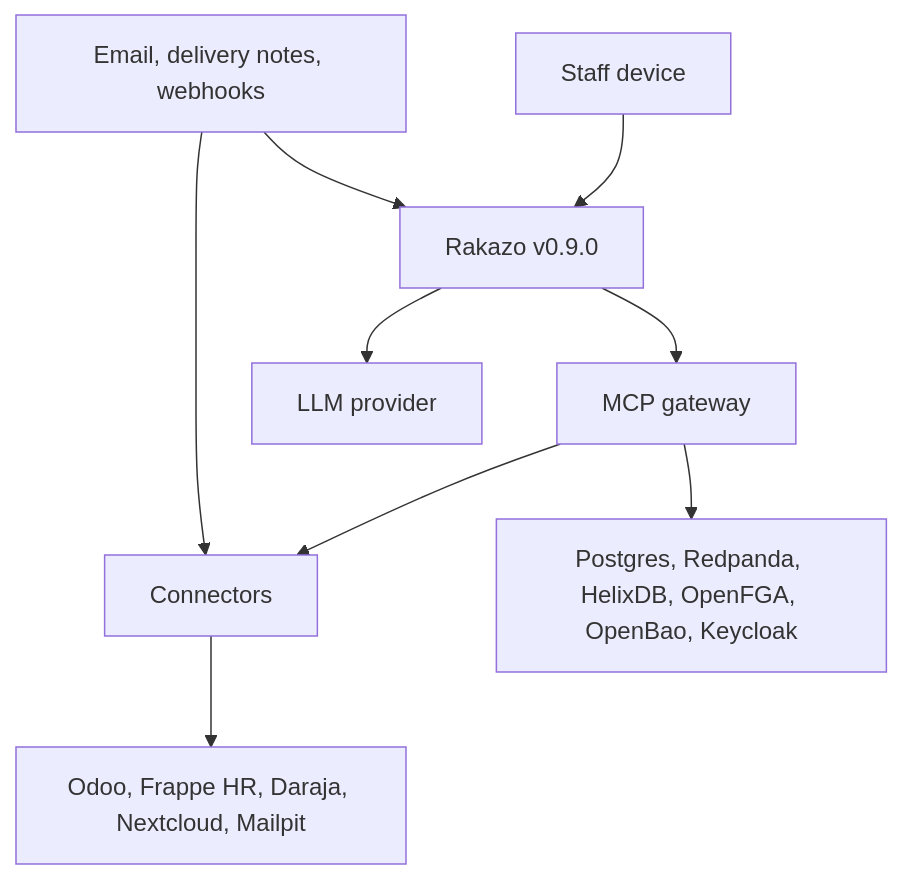
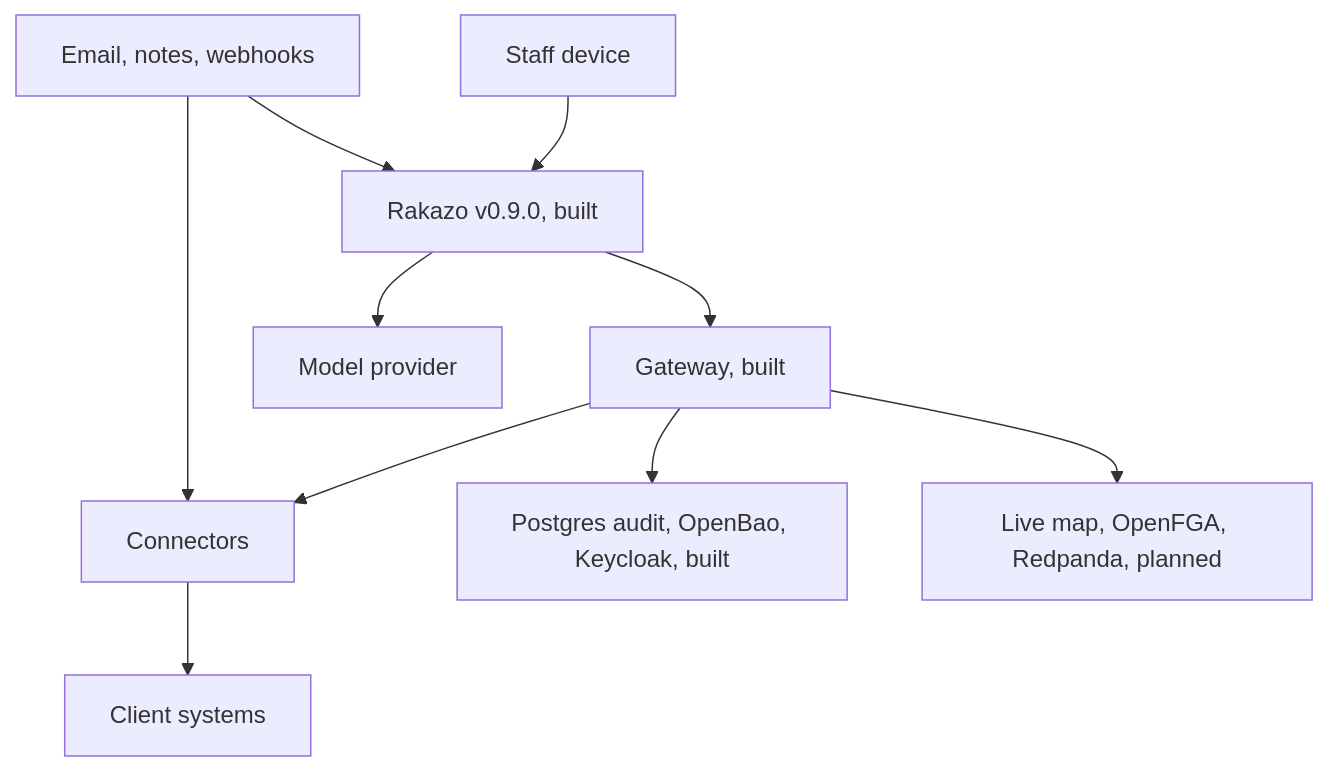
One commit to Akwara-SuperIntelligence/Ramonda changed the diagram in docs/v0.1/05-security-model.md. Above: the diagram before and after it, drawn with Mermaid. The commit also changed other lines of this file and 9 other files, not shown here.

First line of the commit message:
docs: redesign Ramonda around the org chart, self-built map and simulator (#81)

````diff
--- a/docs/v0.1/05-security-model.md
+++ b/docs/v0.1/05-security-model.md
@@ -31,20 +34,22 @@
 ```mermaid
 flowchart TB
-  device[Staff device]
-  rakazo[Rakazo v0.9.0]
-  gw[MCP gateway]
-  conn[Connectors]
-  client[Odoo, Frappe HR, Daraja, Nextcloud, Mailpit]
-  stores[Postgres, Redpanda, HelixDB, OpenFGA, OpenBao, Keycloak]
-  llm[LLM provider]
-  outside[Email, delivery notes, webhooks]
+  device["Staff device"]
+  rakazo["Rakazo v0.9.0, built"]
+  gw["Gateway, built"]
+  conn["Connectors"]
+  client["Client systems"]
+  stores["Postgres audit, OpenBao, Keycloak, built"]
+  planned["Live map, OpenFGA, Redpanda, planned"]
+  llm["Model provider"]
+  outside["Email, notes, webhooks"]
 
   device --> rakazo
   rakazo --> gw
   rakazo --> llm
   gw --> conn
   conn --> client
   gw --> stores
+  gw --> planned
   outside --> conn
   outside --> rakazo
 ```
````
